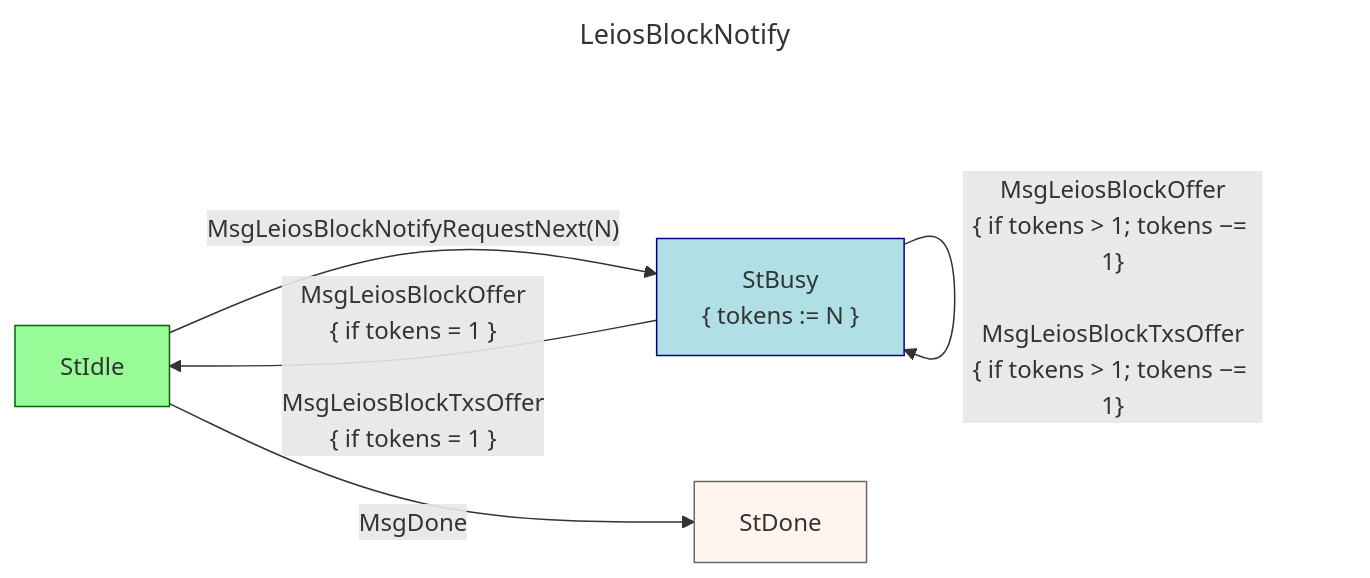
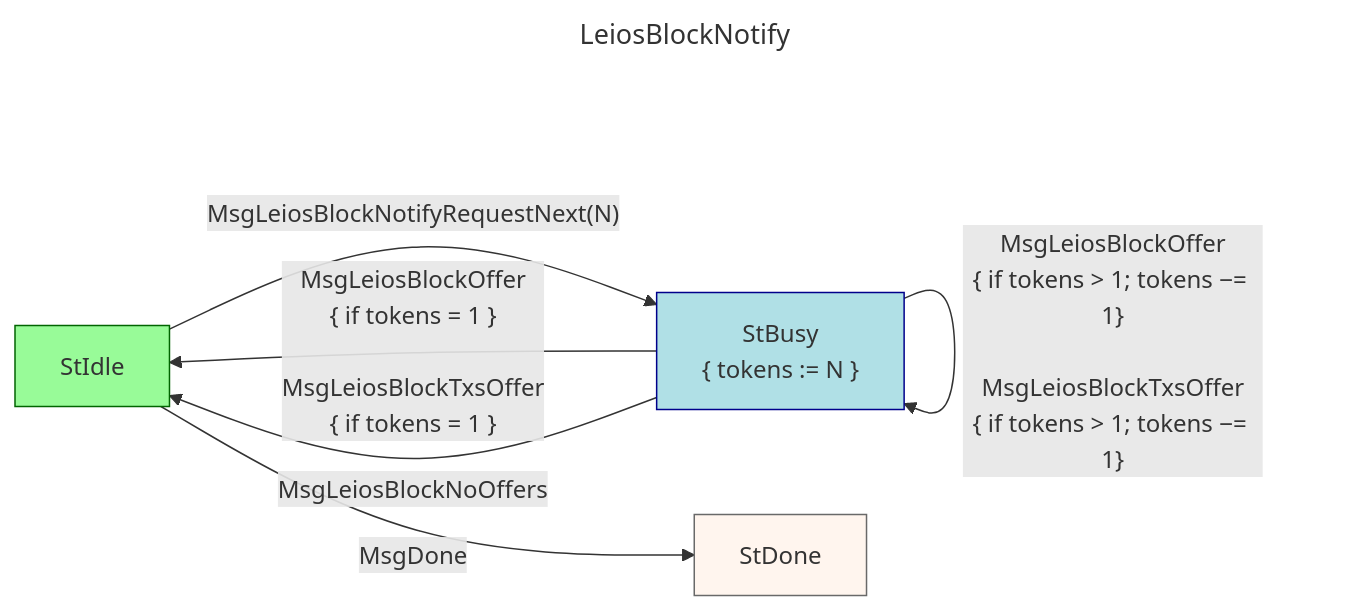
Before and after one commit to cardano-foundation/CIPs: the third of 4 diagrams in CIP-0164/README.md, drawn with Mermaid. The commit also changed other lines of this file, not shown here.

Commit message:
leios mini-protocols: clean exit

````diff
--- a/CIP-0164/README.md
+++ b/CIP-0164/README.md
@@ -1321,17 +1362,18 @@
 ```mermaid
 ---
 title: LeiosBlockNotify
 ---
 graph LR
    style StIdle fill:PaleGreen,stroke:DarkGreen;
    style StBusy fill:PowderBlue,stroke:DarkBlue;
    style StDone fill:SeaShell,stroke:DimGray;
 
    StBusy["StBusy<br>{ tokens := N }"]
 
    StIdle -->|"MsgLeiosBlockNotifyRequestNext(N)"| StBusy
    StBusy -->|"MsgLeiosBlockOffer<br>{ if tokens > 1; tokens −= 1}<br><br>MsgLeiosBlockTxsOffer<br>{ if tokens > 1; tokens −= 1}"| StBusy
    StBusy -->|"MsgLeiosBlockOffer<br>{ if tokens = 1 }<br><br>MsgLeiosBlockTxsOffer<br>{ if tokens = 1 }"| StIdle
+   StBusy -->|"MsgLeiosBlockNoOffers"| StIdle
 
    StIdle -->|MsgDone| StDone
 ```
````
